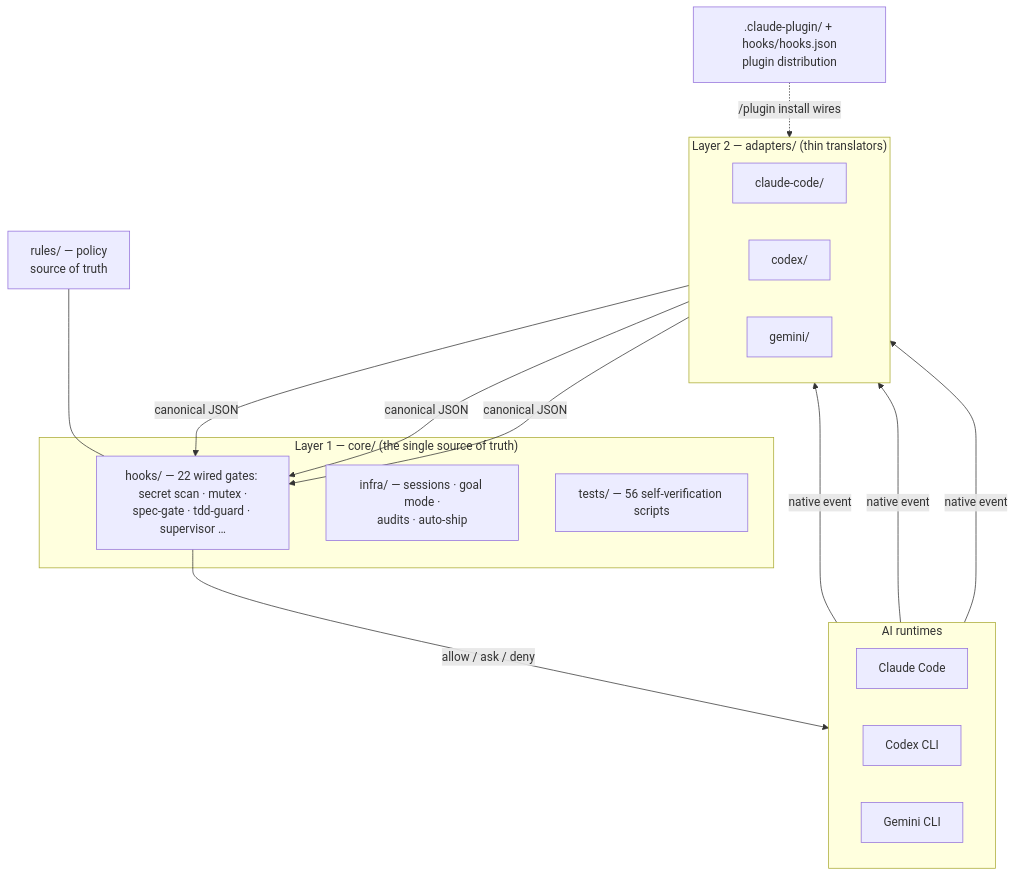
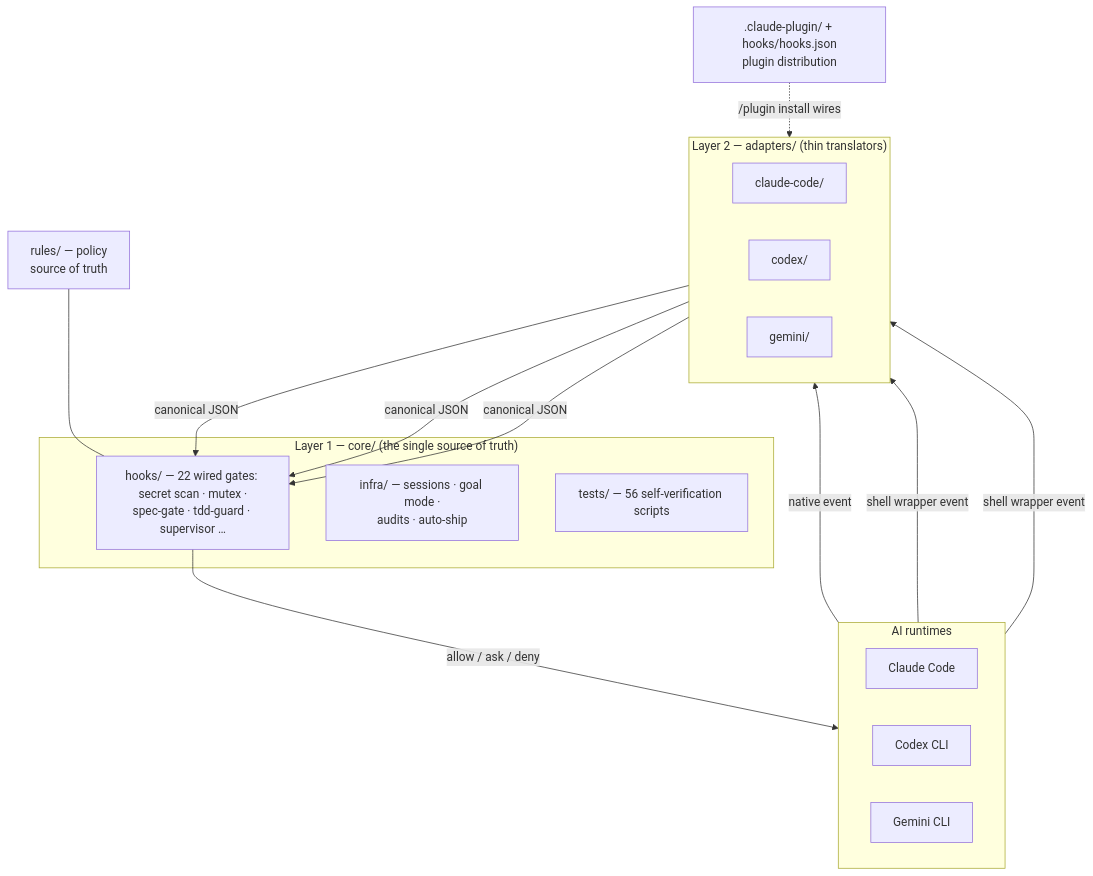
Before and after one commit to joymin5655/Agent: the second of 5 diagrams in README.md, drawn with Mermaid. The commit also changed other lines of this file and 13 other files, not shown here.

````diff
--- a/README.md
+++ b/README.md
@@ -254,32 +268,32 @@
 ```mermaid
 flowchart TB
     subgraph RT["AI runtimes"]
         direction LR
         CC["Claude Code"]
         CX["Codex CLI"]
         GM["Gemini CLI"]
     end
     subgraph AD["Layer 2 — adapters/ (thin translators)"]
         direction LR
         A1["claude-code/"]
         A2["codex/"]
         A3["gemini/"]
     end
     subgraph CORE["Layer 1 — core/ (the single source of truth)"]
         H["hooks/ — 22 wired gates: secret scan · mutex ·<br/>spec-gate · tdd-guard · supervisor …"]
         I["infra/ — sessions · goal mode ·<br/>audits · auto-ship"]
         T["tests/ — 56 self-verification scripts"]
     end
     R["rules/ — policy<br/>source of truth"]
     PLUG[".claude-plugin/ + hooks/hooks.json<br/>plugin distribution"]
 
     CC -->|native event| A1
-    CX -->|native event| A2
-    GM -->|native event| A3
+    CX -->|shell wrapper event| A2
+    GM -->|shell wrapper event| A3
     A1 -->|canonical JSON| H
     A2 -->|canonical JSON| H
     A3 -->|canonical JSON| H
     H -->|"allow / ask / deny"| RT
     R --- H
     PLUG -. "/plugin install wires" .-> A1
 ```
````
